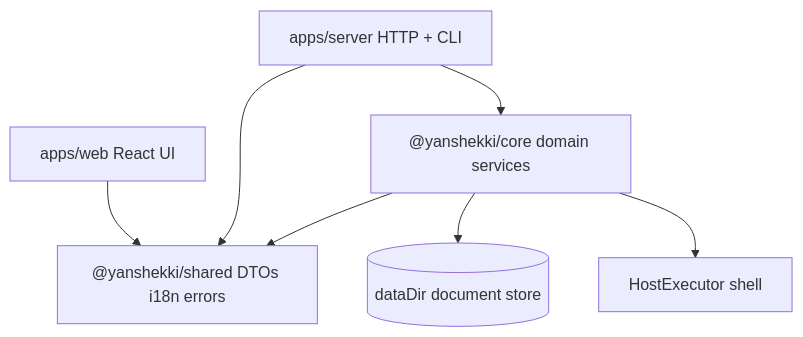
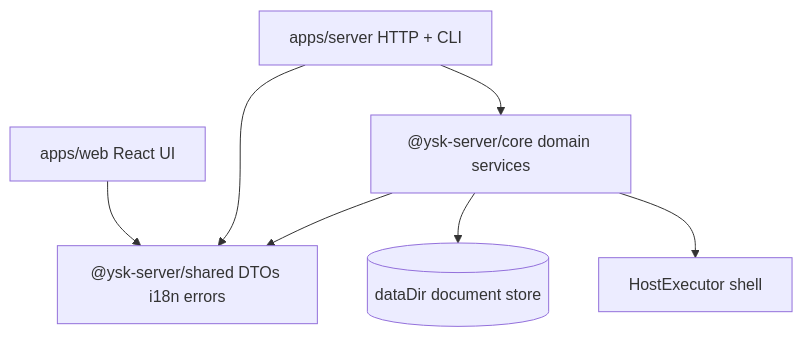
Before and after one commit to yanshekki/ysk-server: the diagram in docs/architecture/overview.md, drawn with Mermaid. The commit also changed other lines of this file and 604 other files, not shown here.

First line of the commit message:
refactor: rename workspace scope to @ysk-server/*

````diff
--- a/docs/architecture/overview.md
+++ b/docs/architecture/overview.md
@@ -14,16 +14,16 @@
 ```mermaid
 flowchart TB
   Web[apps/web React UI]
   Server[apps/server HTTP + CLI]
-  Shared["@yanshekki/shared DTOs i18n errors"]
-  Core["@yanshekki/core domain services"]
+  Shared["@ysk-server/shared DTOs i18n errors"]
+  Core["@ysk-server/core domain services"]
   Store[(dataDir document store)]
   Host[HostExecutor shell]
 
   Web --> Shared
   Server --> Shared
   Server --> Core
   Core --> Shared
   Core --> Store
   Core --> Host
 ```
````
